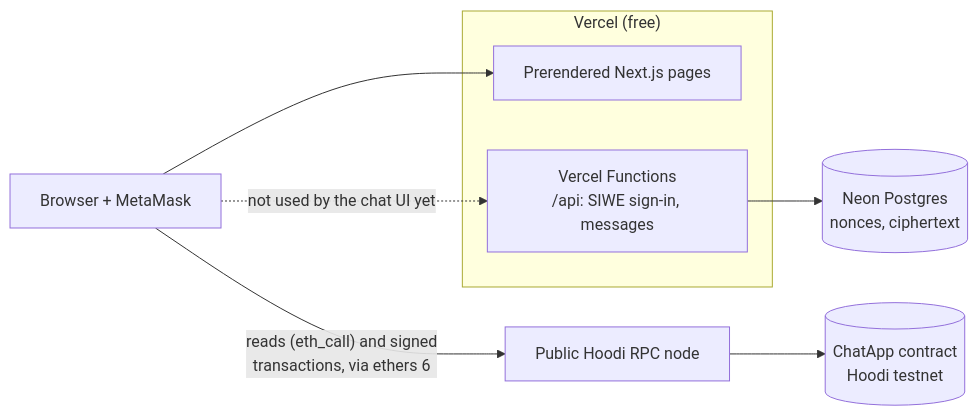
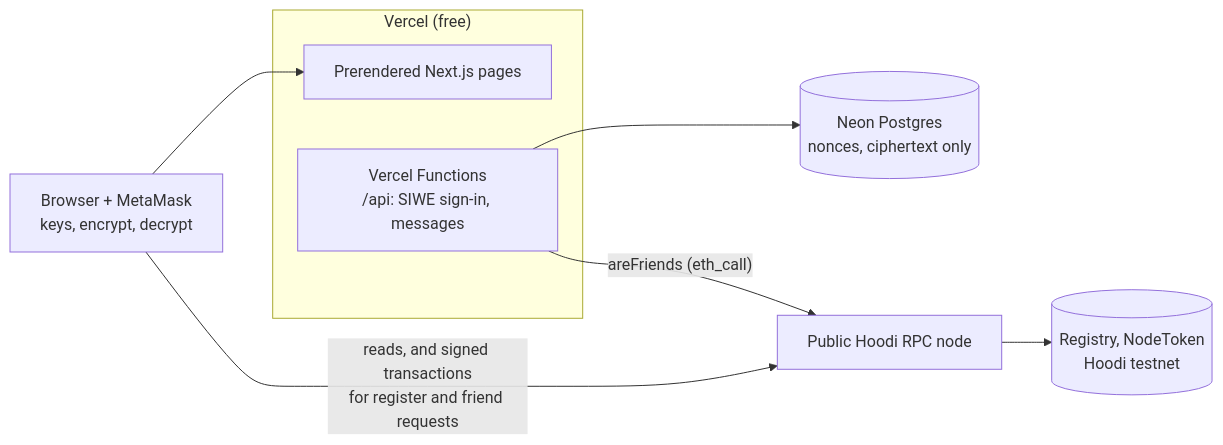
The first of 2 diagrams in README.md (A-RYAN-1/node-connect), drawn with Mermaid before and after one commit. The commit also changed other lines of this file and 28 other files, not shown here.

````diff
--- a/README.md
+++ b/README.md
@@ -130,12 +129,12 @@
 ```mermaid
 flowchart LR
-    U["Browser + MetaMask"] --> V
+    U["Browser + MetaMask<br/>keys, encrypt, decrypt"] --> V
     subgraph Vercel["Vercel (free)"]
         V["Prerendered Next.js pages"]
         F["Vercel Functions<br/>/api: SIWE sign-in, messages"]
     end
-    F --> N[("Neon Postgres<br/>nonces, ciphertext")]
-    U -. "not used by the chat UI yet" .-> F
-    U -- "reads (eth_call) and signed<br/>transactions, via ethers 6" --> R["Public Hoodi RPC node"]
-    R --> C[("ChatApp contract<br/>Hoodi testnet")]
+    F --> N[("Neon Postgres<br/>nonces, ciphertext only")]
+    F -- "areFriends (eth_call)" --> R
+    U -- "reads, and signed transactions<br/>for register and friend requests" --> R["Public Hoodi RPC node"]
+    R --> C[("Registry, NodeToken<br/>Hoodi testnet")]
 ```
````
